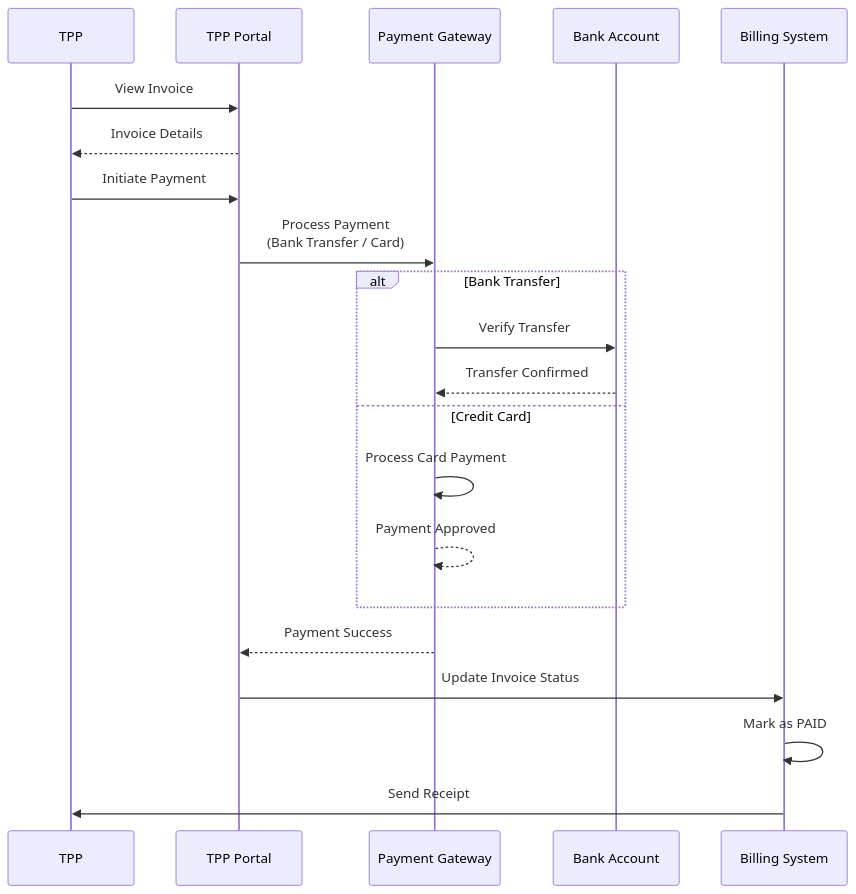
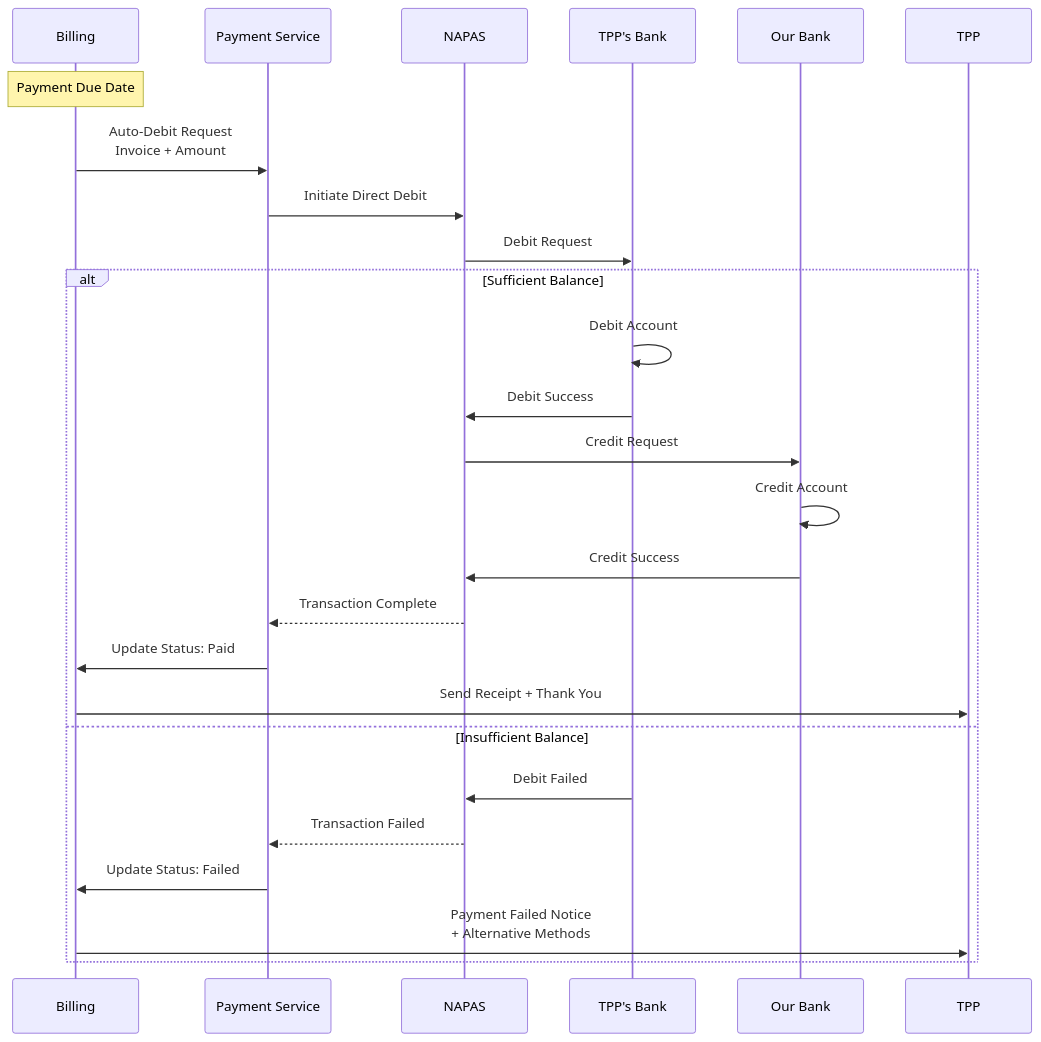
One commit to huuhoait/openbanking-vn-specs changed the tenth of 15 diagrams in 09-Thuong-mai-hoa-API.md. Above: the diagram before and after it, drawn with Mermaid. The commit also changed other lines of this file and 14 other files, not shown here.

````diff
--- a/09-Thuong-mai-hoa-API.md
+++ b/09-Thuong-mai-hoa-API.md
@@ -325,27 +419,33 @@
 ```mermaid
 sequenceDiagram
-    participant TPP as TPP
-    participant Portal as TPP Portal
-    participant Payment as Payment Gateway
-    participant Bank as Bank Account
-    participant Billing as Billing System
+    participant Billing
+    participant Payment as Payment Service
+    participant NAPAS
+    participant TPP_Bank as TPP's Bank
+    participant Bank as Our Bank
+    participant TPP
     
-    TPP->>Portal: View Invoice
-    Portal-->>TPP: Invoice Details
+    Note over Billing: Payment Due Date
+    Billing->>Payment: Auto-Debit Request<br/>Invoice + Amount
     
-    TPP->>Portal: Initiate Payment
-    Portal->>Payment: Process Payment<br/>(Bank Transfer / Card)
+    Payment->>NAPAS: Initiate Direct Debit
+    NAPAS->>TPP_Bank: Debit Request
     
-    alt Bank Transfer
-        Payment->>Bank: Verify Transfer
-        Bank-->>Payment: Transfer Confirmed
-    else Credit Card
-        Payment->>Payment: Process Card Payment
-        Payment-->>Payment: Payment Approved
+    alt Sufficient Balance
+        TPP_Bank->>TPP_Bank: Debit Account
+        TPP_Bank->>NAPAS: Debit Success
+        NAPAS->>Bank: Credit Request
+        Bank->>Bank: Credit Account
+        Bank->>NAPAS: Credit Success
+        NAPAS-->>Payment: Transaction Complete
+        
+        Payment->>Billing: Update Status: Paid
+        Billing->>TPP: Send Receipt + Thank You
+    else Insufficient Balance
+        TPP_Bank->>NAPAS: Debit Failed
+        NAPAS-->>Payment: Transaction Failed
+        
+        Payment->>Billing: Update Status: Failed
+        Billing->>TPP: Payment Failed Notice<br/>+ Alternative Methods
     end
-    
-    Payment-->>Portal: Payment Success
-    Portal->>Billing: Update Invoice Status
-    Billing->>Billing: Mark as PAID
-    Billing->>TPP: Send Receipt
 ```
````
